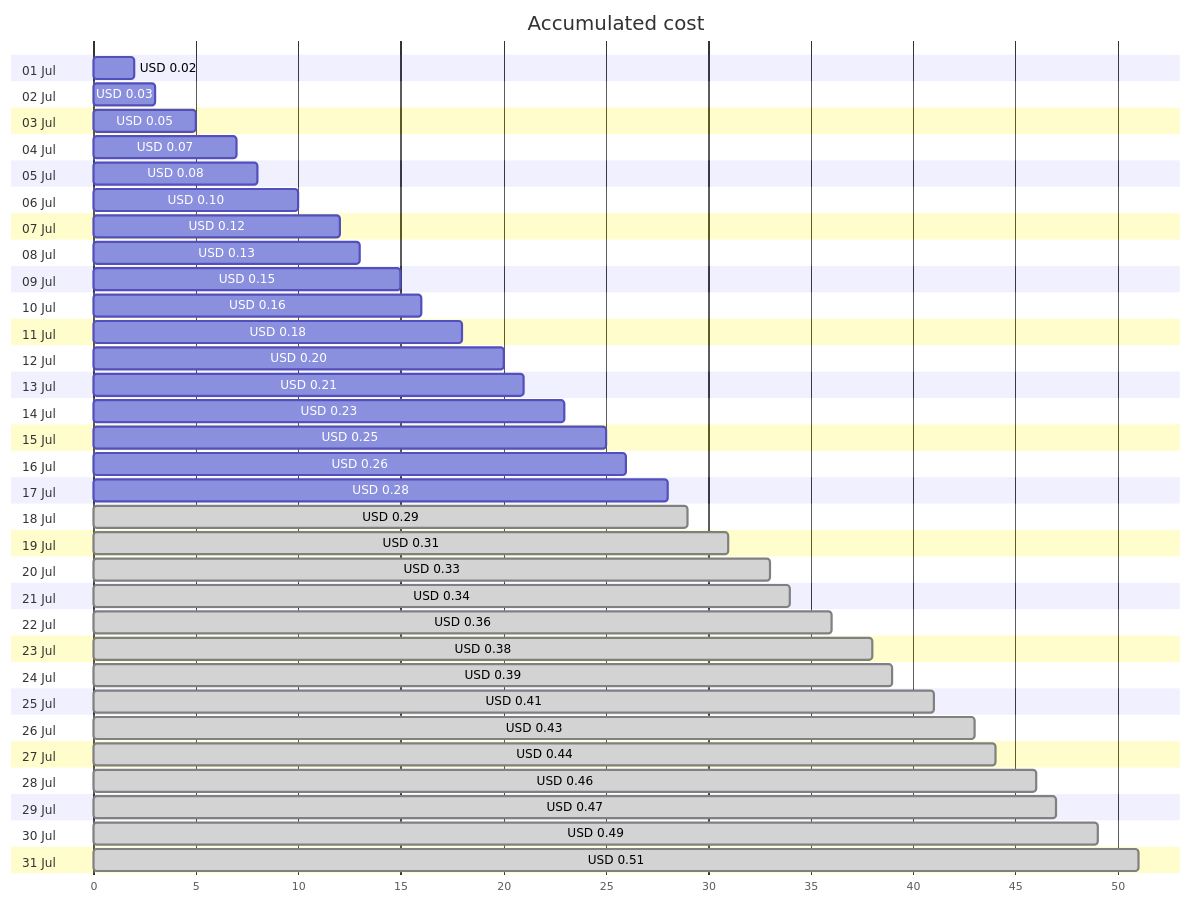
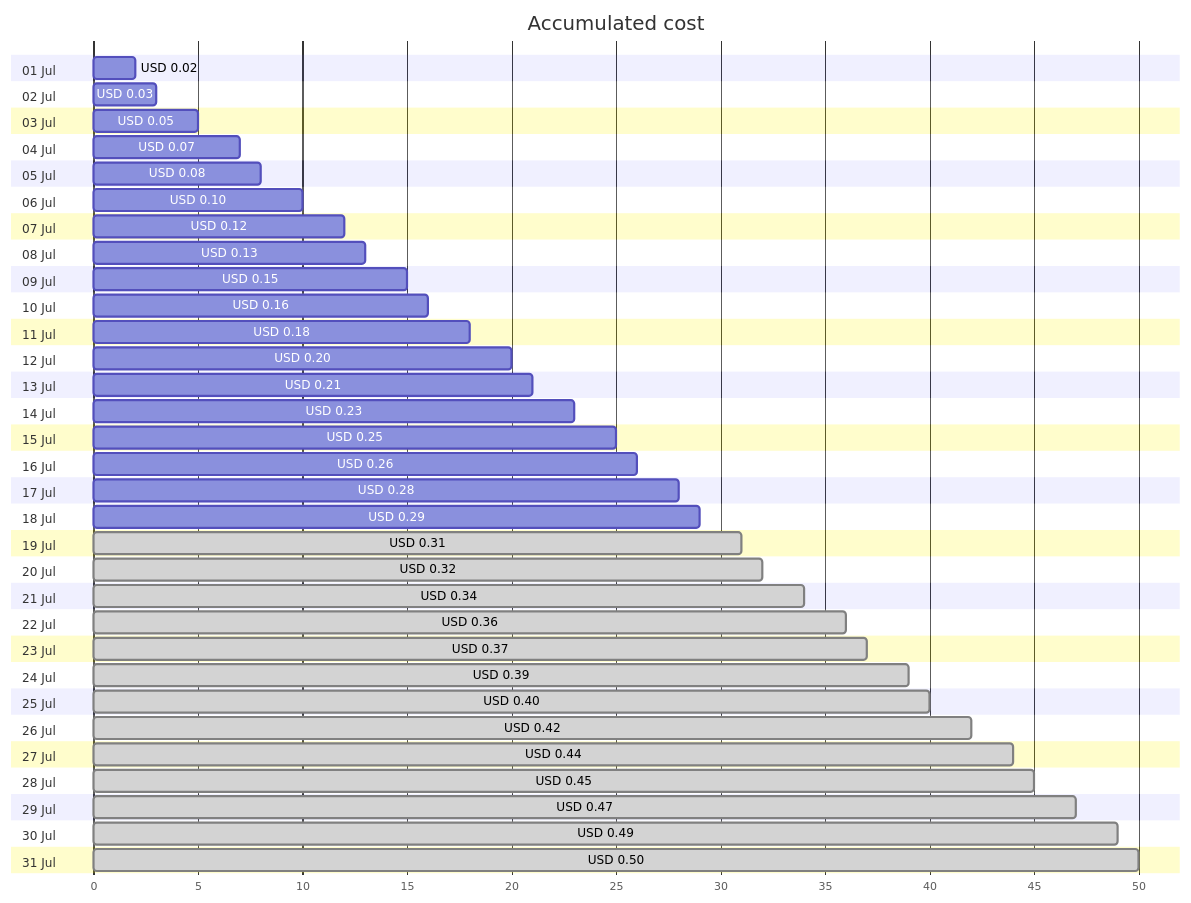
Before and after one commit to jpfulton/azure-personal-reports: the first of 4 diagrams in cost-reports/personal-dns/jpatrickfulton.com.md, drawn with Mermaid. The commit also changed other lines of this file and 2 other files, not shown here.

````diff
--- a/cost-reports/personal-dns/jpatrickfulton.com.md
+++ b/cost-reports/personal-dns/jpatrickfulton.com.md
@@ -20,68 +20,68 @@
 ```mermaid
 gantt
    title Accumulated cost
    dateFormat  X
    axisFormat %s
    section 01 Jul
    USD 0.02 :0, 2
    section 02 Jul
    USD 0.03 :0, 3
    section 03 Jul
    USD 0.05 :0, 5
    section 04 Jul
    USD 0.07 :0, 7
    section 05 Jul
    USD 0.08 :0, 8
    section 06 Jul
    USD 0.10 :0, 10
    section 07 Jul
    USD 0.12 :0, 12
    section 08 Jul
    USD 0.13 :0, 13
    section 09 Jul
    USD 0.15 :0, 15
    section 10 Jul
    USD 0.16 :0, 16
    section 11 Jul
    USD 0.18 :0, 18
    section 12 Jul
    USD 0.20 :0, 20
    section 13 Jul
    USD 0.21 :0, 21
    section 14 Jul
    USD 0.23 :0, 23
    section 15 Jul
    USD 0.25 :0, 25
    section 16 Jul
    USD 0.26 :0, 26
    section 17 Jul
    USD 0.28 :0, 28
    section 18 Jul
-   USD 0.29 : done, 0, 29
+   USD 0.29 :0, 29
    section 19 Jul
    USD 0.31 : done, 0, 31
    section 20 Jul
-   USD 0.33 : done, 0, 33
+   USD 0.32 : done, 0, 32
    section 21 Jul
    USD 0.34 : done, 0, 34
    section 22 Jul
    USD 0.36 : done, 0, 36
    section 23 Jul
-   USD 0.38 : done, 0, 38
+   USD 0.37 : done, 0, 37
    section 24 Jul
    USD 0.39 : done, 0, 39
    section 25 Jul
-   USD 0.41 : done, 0, 41
+   USD 0.40 : done, 0, 40
    section 26 Jul
-   USD 0.43 : done, 0, 43
+   USD 0.42 : done, 0, 42
    section 27 Jul
    USD 0.44 : done, 0, 44
    section 28 Jul
-   USD 0.46 : done, 0, 46
+   USD 0.45 : done, 0, 45
    section 29 Jul
    USD 0.47 : done, 0, 47
    section 30 Jul
    USD 0.49 : done, 0, 49
    section 31 Jul
-   USD 0.51 : done, 0, 51
+   USD 0.50 : done, 0, 50
 ```
````
